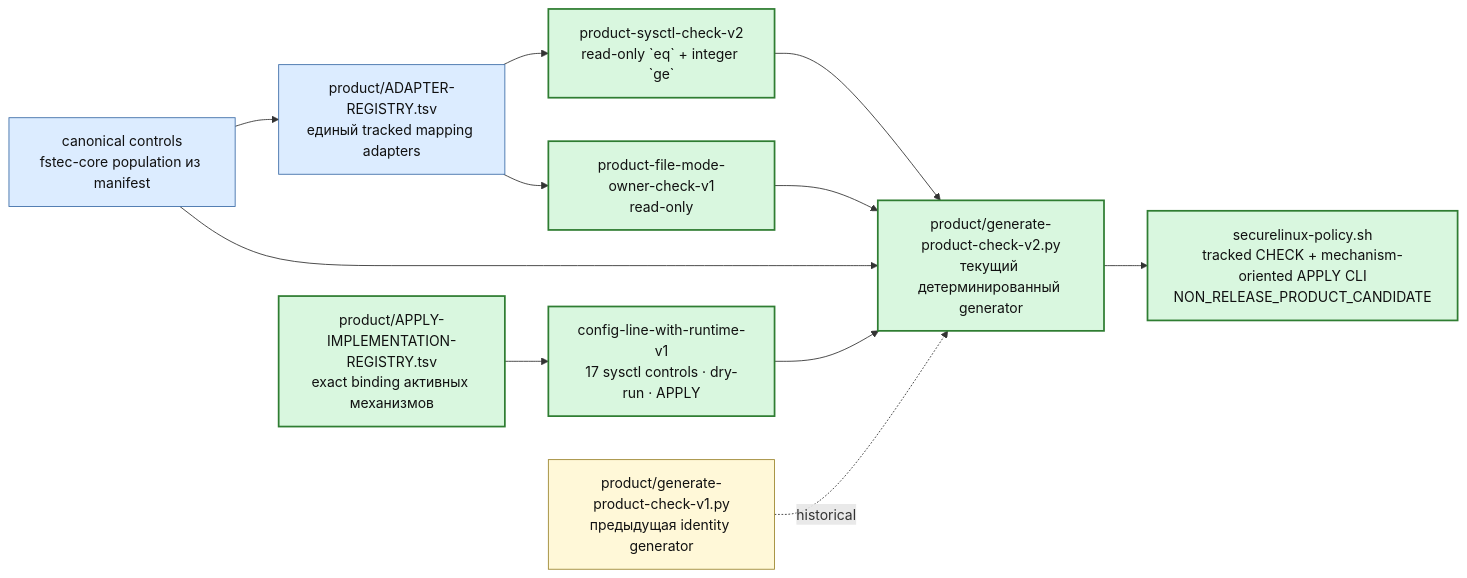
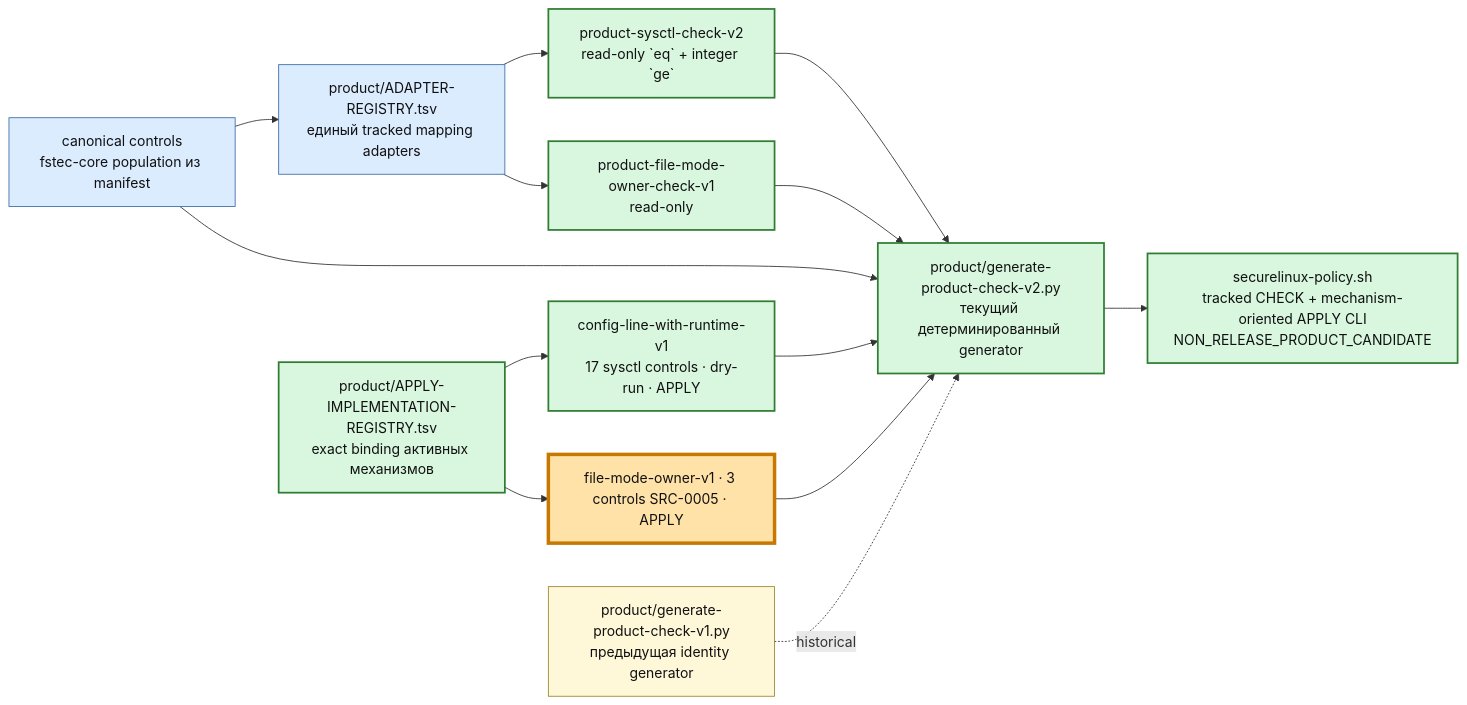
Before and after one commit to rasav65/SecureLinux-Policy: the third of 6 diagrams in docs/PROJECT-MAP-v3.md, drawn with Mermaid. The commit also changed other lines of this file and 30 other files, not shown here.

First line of the commit message:
SRC-0005: механизм APPLY file-mode-owner-v1 для трёх контролей 2.3.1

````diff
--- a/docs/PROJECT-MAP-v3.md
+++ b/docs/PROJECT-MAP-v3.md
@@ -205,25 +205,28 @@
 ```mermaid
 flowchart LR
     CTRLNOW["canonical controls<br/>fstec-core population из manifest"]:::component
     REG["product/ADAPTER-REGISTRY.tsv<br/>единый tracked mapping adapters"]:::component
     SYS["product-sysctl-check-v2<br/>read-only `eq` + integer `ge`"]:::closed
     FILE["product-file-mode-owner-check-v1<br/>read-only"]:::closed
     GEN1["product/generate-product-check-v1.py<br/>предыдущая identity generator"]:::note
     GEN2["product/generate-product-check-v2.py<br/>текущий детерминированный generator"]:::closed
     IMPLREG["product/APPLY-IMPLEMENTATION-REGISTRY.tsv<br/>exact binding активных механизмов"]:::closed
     APPLY1["config-line-with-runtime-v1<br/>17 sysctl controls · dry-run · APPLY"]:::closed
+    APPLY2["file-mode-owner-v1 · 3 controls SRC-0005 · APPLY"]:::current
     CLI["securelinux-policy.sh<br/>tracked CHECK + mechanism-oriented APPLY CLI<br/>NON_RELEASE_PRODUCT_CANDIDATE"]:::closed
 
     CTRLNOW --> REG
     REG --> SYS
     REG --> FILE
     SYS --> GEN2
     FILE --> GEN2
     CTRLNOW --> GEN2 --> CLI
     IMPLREG --> APPLY1 --> GEN2
+    IMPLREG --> APPLY2 --> GEN2
     GEN1 -. historical .-> GEN2
 
     classDef closed fill:#d9f7df,stroke:#2f7d32,color:#111,stroke-width:2px;
     classDef component fill:#dcecff,stroke:#3e6ea8,color:#111;
+    classDef current fill:#ffe2a8,stroke:#c77800,color:#111,stroke-width:4px;
     classDef note fill:#fff8d8,stroke:#9d8730,color:#111;
 ```
````
